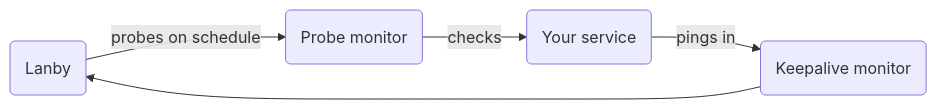
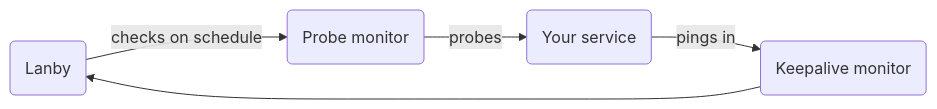
One commit to lanby-dev/lanby-docs changed the diagram in docs/monitors.md. Above: the diagram before and after it, drawn with Mermaid. The commit also changed other lines of this file and 4 other files, not shown here.

````diff
--- a/docs/monitors.md
+++ b/docs/monitors.md
@@ -5,12 +5,12 @@
 ```mermaid
 flowchart LR
     L(Lanby)
     P(Probe monitor)
     K(Keepalive monitor)
     S(Your service)
 
-    L -->|probes on schedule| P
-    P -->|checks| S
+    L -->|checks on schedule| P
+    P -->|probes| S
     S -->|pings in| K
     K --> L
 ```
````
